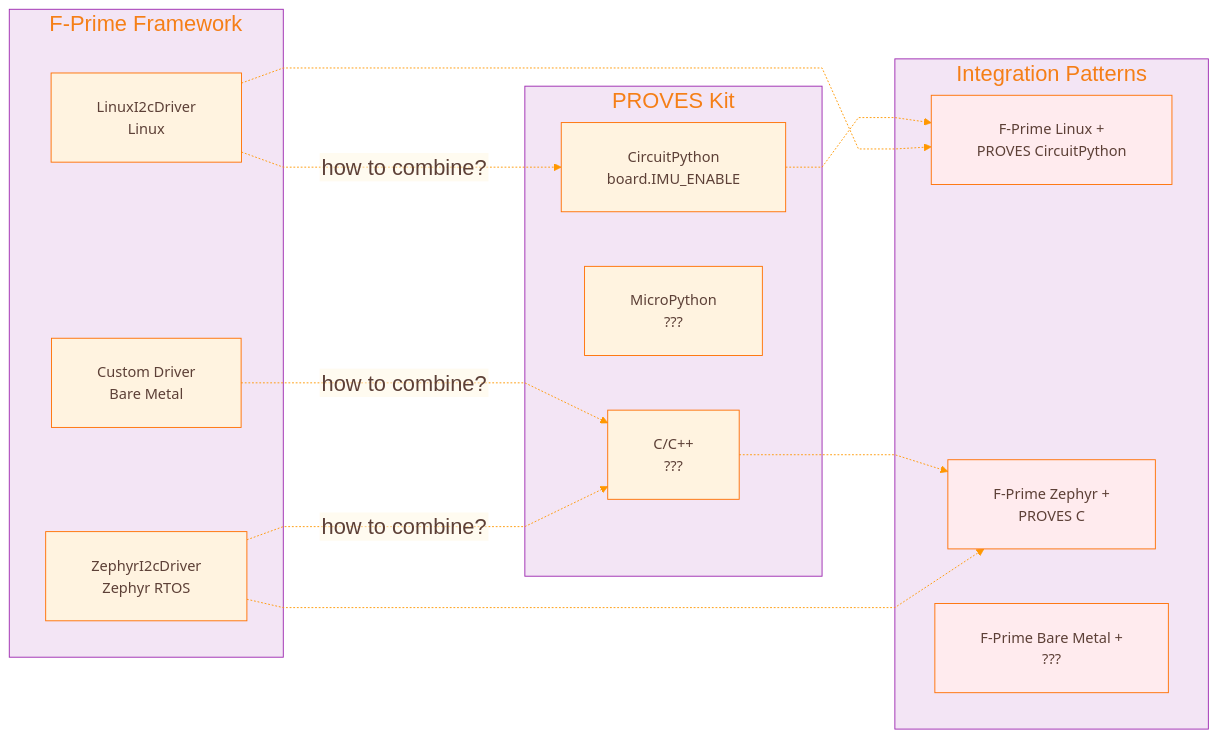
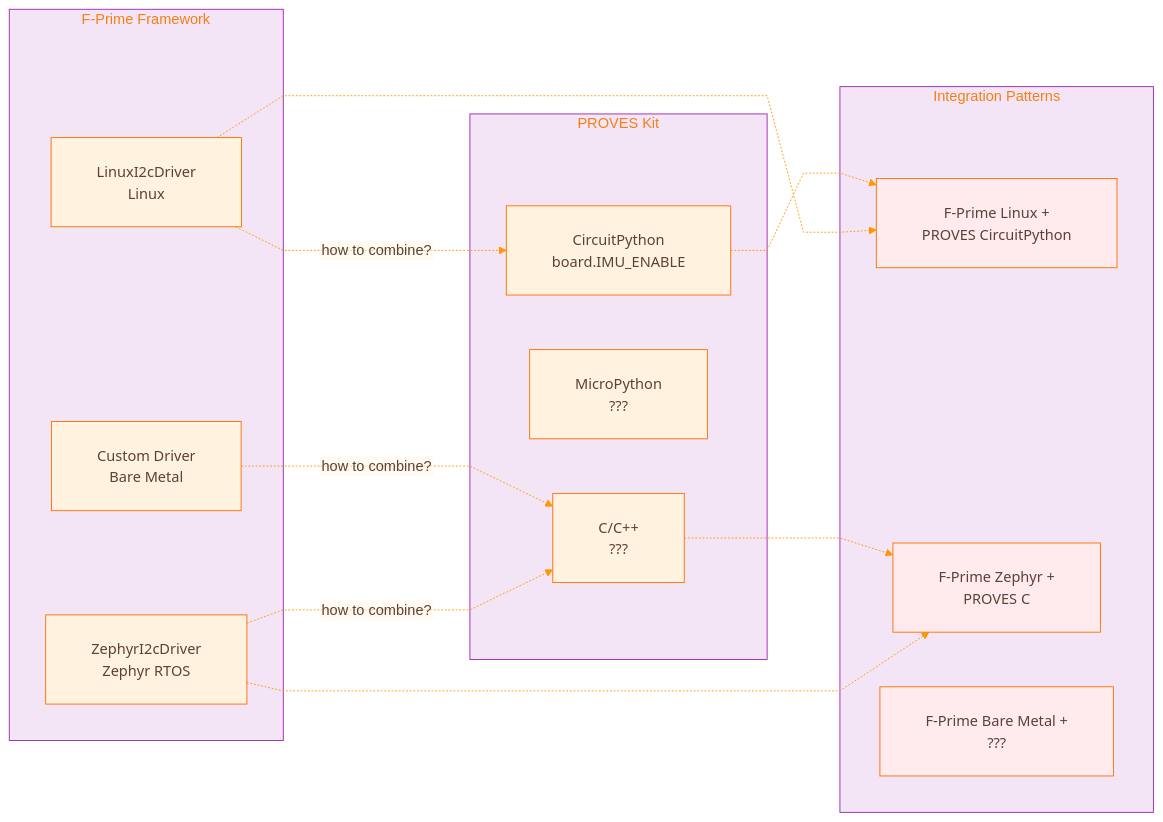
One commit to Lizo-RoadTown/PROVES_LIBRARY changed the seventh of 9 diagrams in docs/diagrams/knowledge-gaps.md. Above: the diagram before and after it, drawn with Mermaid. The commit also changed other lines of this file and 6 other files, not shown here.

````diff
--- a/docs/diagrams/knowledge-gaps.md
+++ b/docs/diagrams/knowledge-gaps.md
@@ -1578,7 +1587,7 @@
 ---
 config:
   theme: base
-  fontSize: 20
+  fontSize: 16
   themeCSS: |
     .node rect, .cluster rect, .edgePath path { transition: filter 0.2s ease, stroke-width: 0.2s ease; }
     .node:hover rect, .cluster:hover rect, .edgePath:hover path { filter: drop-shadow(0 0 8px rgba(0,0,0,0.35)); stroke-width: 3px; }
@@ -1598,7 +1607,7 @@
     textColor: '#5D4037'
     lineColor: '#FF9800'
     fontFamily: '"Segoe UI", Tahoma, Geneva, Verdana, sans-serif'
-    fontSize: '24px'
+    fontSize: '16px'
     nodeBorder: '#FF6F00'
     mainBkg: '#FFF3E0'
     clusterBkg: '#F3E5F5'
@@ -1654,7 +1663,7 @@
     attributeBackgroundColorOdd: '#FFF8E1'
     attributeBackgroundColorEven: '#FFF3E0'
   gantt:
-    fontSize: 20
+    fontSize: 16
     barHeight: 24
     barGap: 6
     topPadding: 50
@@ -1761,18 +1770,21 @@
 ---
 flowchart LR
     subgraph "F-Prime Framework"
+        spacer31[ ]:::spacer
         F_LINUX[LinuxI2cDriver<br/>Linux]
         F_ZEPHYR[ZephyrI2cDriver<br/>Zephyr RTOS]
         F_BAREMETAL[Custom Driver<br/>Bare Metal]
     end
 
     subgraph "PROVES Kit"
+        spacer32[ ]:::spacer
         P_CIRCUITPY[CircuitPython<br/>board.IMU_ENABLE]
         P_MICROPYTHON[MicroPython<br/>???]
         P_C[C/C++<br/>???]
     end
 
     subgraph "Integration Patterns"
+        spacer33[ ]:::spacer
         INT1[F-Prime Linux +<br/>PROVES CircuitPython]
         INT2[F-Prime Zephyr +<br/>PROVES C]
         INT3[F-Prime Bare Metal +<br/>???]
@@ -1794,4 +1806,5 @@
     %% Font sizing classes for consistency
     classDef default font-size:16px,font-family:Segoe UI,Tahoma,Geneva,Verdana,sans-serif;
     classDef diamond font-size:14px,font-family:Segoe UI,Tahoma,Geneva,Verdana,sans-serif;
+    classDef spacer fill:none,stroke:none,color:transparent,width:1px,height:1px;
 ```
````
